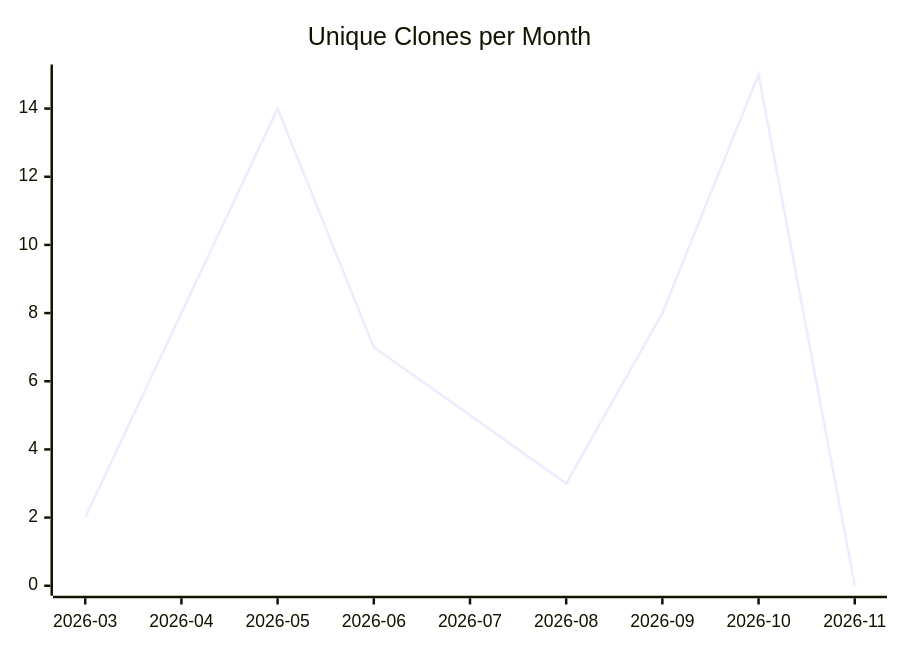
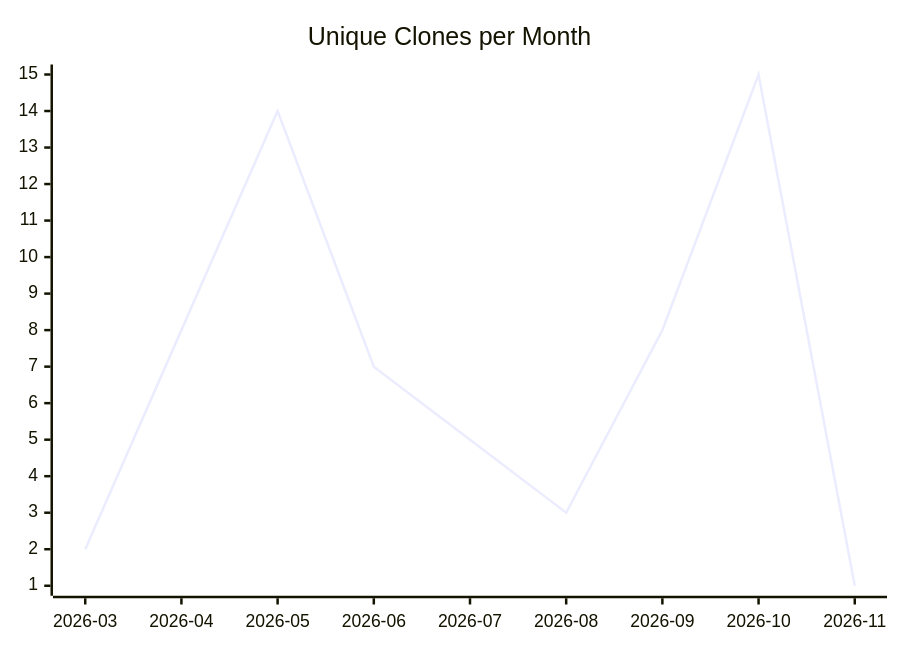
The third of 3 diagrams in karlmdavis/hello-rust-actix/README.md (justdavis-family/github-analytics-data), drawn with Mermaid before and after one commit. The commit also changed other lines of this file and 188 other files, not shown here.

````diff
--- a/karlmdavis/hello-rust-actix/README.md
+++ b/karlmdavis/hello-rust-actix/README.md
@@ -19,6 +19,6 @@
 ```mermaid
 xychart-beta
   title "Unique Clones per Month"
   x-axis ["2026-03", "2026-04", "2026-05", "2026-06", "2026-07", "2026-08", "2026-09", "2026-10", "2026-11"]
-  line [2, 8, 14, 7, 5, 3, 8, 15, 0]
+  line [2, 8, 14, 7, 5, 3, 8, 15, 1]
 ```
````
